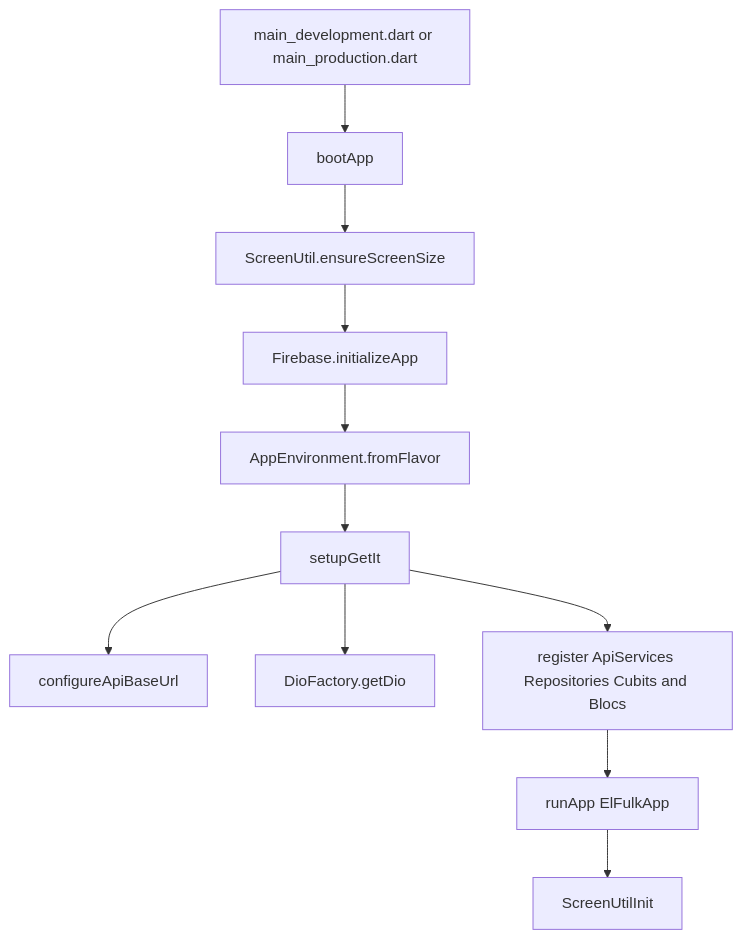
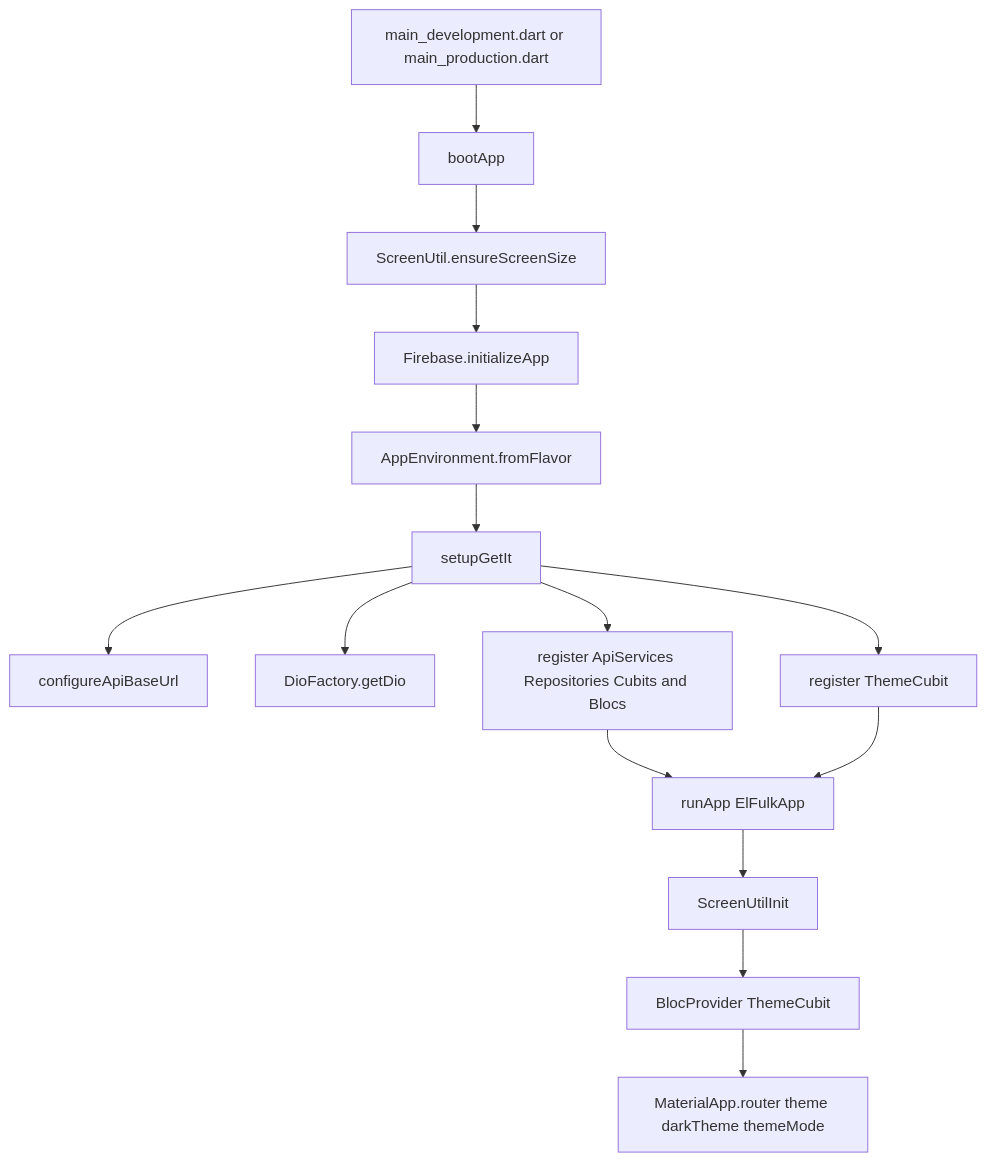
Before and after one commit to NasreddineLoukriz/elFulk-Mobile-App: the first of 3 diagrams in docs/ARCHITECTURE_DIAGRAMS.md, drawn with Mermaid. The commit also changed other lines of this file and 4 other files, not shown here.

Commit message:
📝 docs: document theming and dark mode

````diff
--- a/docs/ARCHITECTURE_DIAGRAMS.md
+++ b/docs/ARCHITECTURE_DIAGRAMS.md
@@ -7,13 +7,17 @@
 ```mermaid
 flowchart TD
     A[main_development.dart or main_production.dart] --> B[bootApp]
     B --> C[ScreenUtil.ensureScreenSize]
     C --> D[Firebase.initializeApp]
     D --> E[AppEnvironment.fromFlavor]
     E --> F[setupGetIt]
     F --> G[configureApiBaseUrl]
     F --> H[DioFactory.getDio]
     F --> I[register ApiServices Repositories Cubits and Blocs]
+    F --> T[register ThemeCubit]
     I --> J[runApp ElFulkApp]
+    T --> J
     J --> K[ScreenUtilInit]
+    K --> L[BlocProvider ThemeCubit]
+    L --> M[MaterialApp.router theme darkTheme themeMode]
 ```
````
